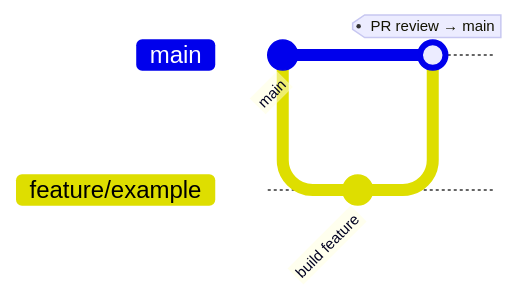
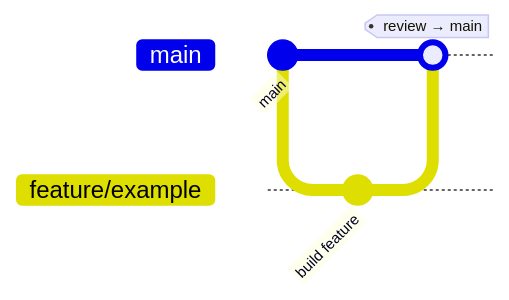
Before and after one commit to vdwolde/Song-Snitch: the second of 2 diagrams in README.md, drawn with Mermaid. The commit also changed other lines of this file and 37 other files, not shown here.

````diff
--- a/README.md
+++ b/README.md
@@ -247,9 +171,9 @@
 ```mermaid
 gitGraph
    commit id: "main"
    branch feature/example
    checkout feature/example
    commit id: "build feature"
    checkout main
-   merge feature/example tag: "PR review → main"
+   merge feature/example tag: "review → main"
 ```
````
